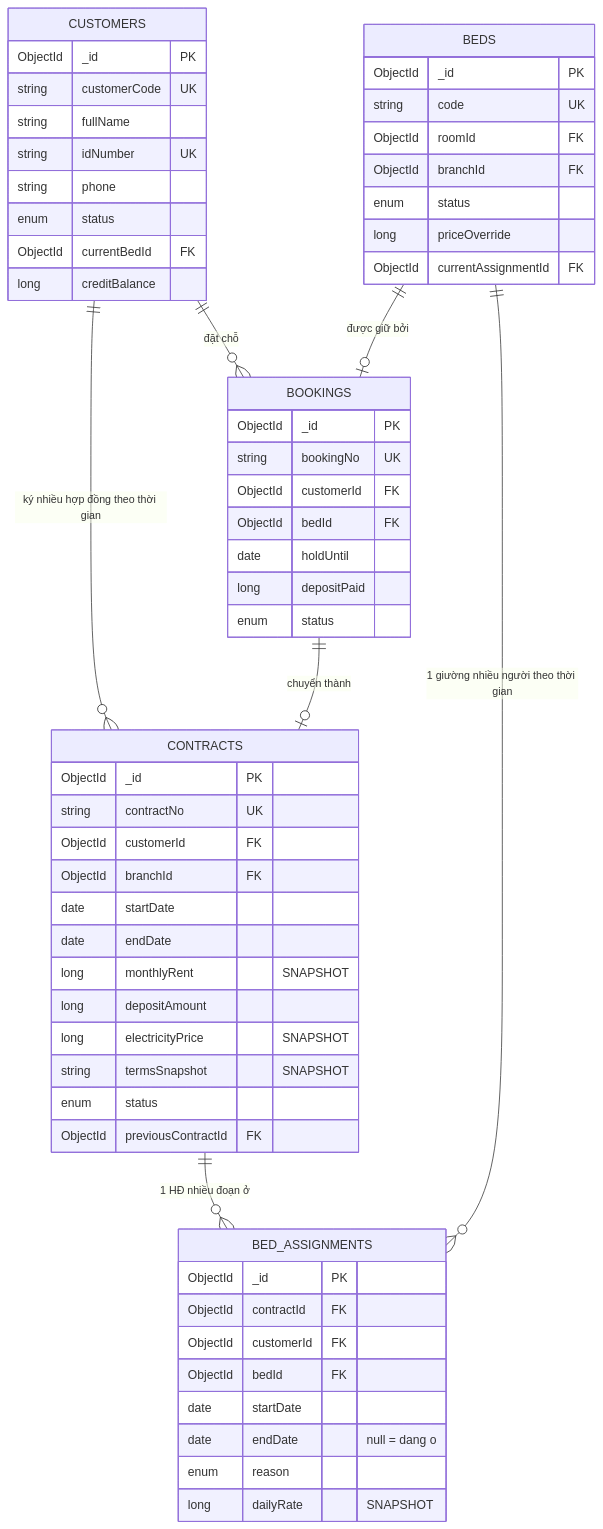
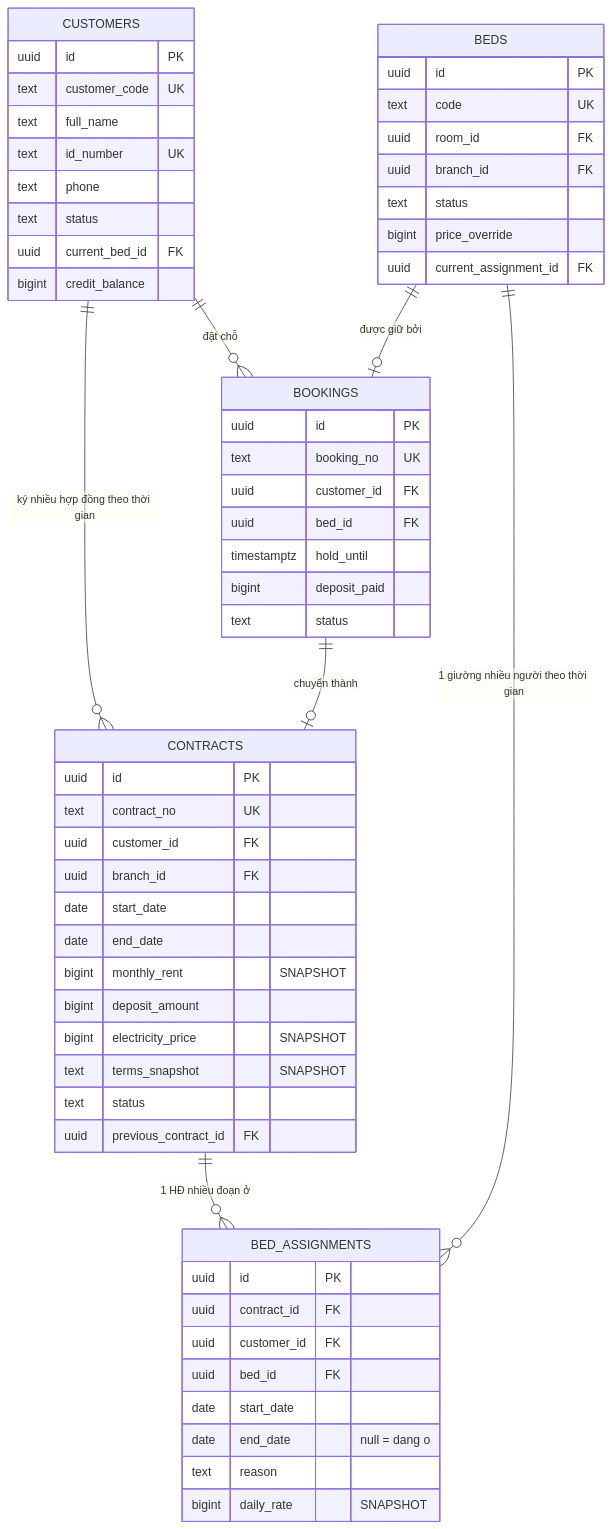
One commit to danglh5902/ktx-cali changed the second of 6 diagrams in docs/13-erd.md. Above: the diagram before and after it, drawn with Mermaid. The commit also changed other lines of this file and 60 other files, not shown here.

````diff
--- a/docs/13-erd.md
+++ b/docs/13-erd.md
@@ -82,66 +82,66 @@
 ```mermaid
 erDiagram
     CUSTOMERS {
-        ObjectId _id PK
-        string customerCode UK
-        string fullName
-        string idNumber UK
-        string phone
-        enum status
-        ObjectId currentBedId FK
-        long creditBalance
+        uuid id PK
+        text customer_code UK
+        text full_name
+        text id_number UK
+        text phone
+        text status
+        uuid current_bed_id FK
+        bigint credit_balance
     }
 
     CONTRACTS {
-        ObjectId _id PK
-        string contractNo UK
-        ObjectId customerId FK
-        ObjectId branchId FK
-        date startDate
-        date endDate
-        long monthlyRent "SNAPSHOT"
-        long depositAmount
-        long electricityPrice "SNAPSHOT"
-        string termsSnapshot "SNAPSHOT"
-        enum status
-        ObjectId previousContractId FK
+        uuid id PK
+        text contract_no UK
+        uuid customer_id FK
+        uuid branch_id FK
+        date start_date
+        date end_date
+        bigint monthly_rent "SNAPSHOT"
+        bigint deposit_amount
+        bigint electricity_price "SNAPSHOT"
+        text terms_snapshot "SNAPSHOT"
+        text status
+        uuid previous_contract_id FK
     }
 
     BED_ASSIGNMENTS {
-        ObjectId _id PK
-        ObjectId contractId FK
-        ObjectId customerId FK
-        ObjectId bedId FK
-        date startDate
-        date endDate "null = dang o"
-        enum reason
-        long dailyRate "SNAPSHOT"
+        uuid id PK
+        uuid contract_id FK
+        uuid customer_id FK
+        uuid bed_id FK
+        date start_date
+        date end_date "null = dang o"
+        text reason
+        bigint daily_rate "SNAPSHOT"
     }
 
     BEDS {
-        ObjectId _id PK
-        string code UK
-        ObjectId roomId FK
-        ObjectId branchId FK
-        enum status
-        long priceOverride
-        ObjectId currentAssignmentId FK
+        uuid id PK
+        text code UK
+        uuid room_id FK
+        uuid branch_id FK
+        text status
+        bigint price_override
+        uuid current_assignment_id FK
     }
 
     BOOKINGS {
-        ObjectId _id PK
-        string bookingNo UK
-        ObjectId customerId FK
-        ObjectId bedId FK
-        date holdUntil
-        long depositPaid
-        enum status
+        uuid id PK
+        text booking_no UK
+        uuid customer_id FK
+        uuid bed_id FK
+        timestamptz hold_until
+        bigint deposit_paid
+        text status
     }
 
     CUSTOMERS ||--o{ CONTRACTS : "ký nhiều hợp đồng theo thời gian"
     CONTRACTS ||--o{ BED_ASSIGNMENTS : "1 HĐ nhiều đoạn ở"
     BEDS ||--o{ BED_ASSIGNMENTS : "1 giường nhiều người theo thời gian"
     CUSTOMERS ||--o{ BOOKINGS : "đặt chỗ"
     BOOKINGS ||--o| CONTRACTS : "chuyển thành"
     BEDS ||--o| BOOKINGS : "được giữ bởi"
 ```
````
